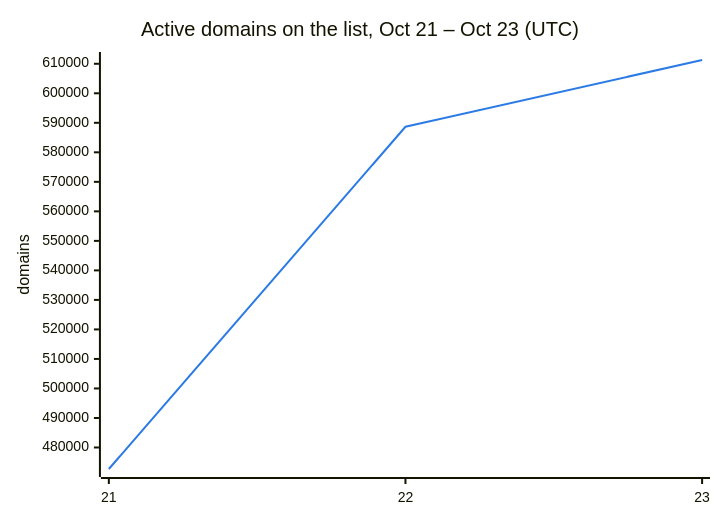
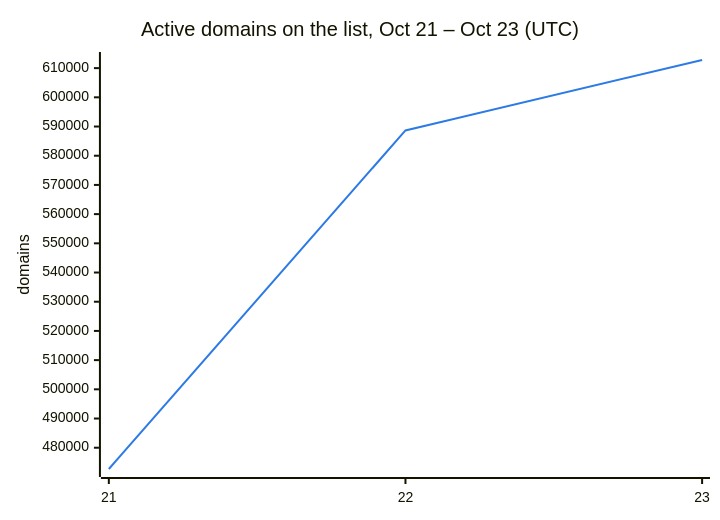
Before and after one commit to DNSBunker/CTI: the second of 3 diagrams in README.md, drawn with Mermaid. The commit also changed other lines of this file and 3 other files, not shown here.

````diff
--- a/README.md
+++ b/README.md
@@ -38,8 +38,8 @@
 ```mermaid
 %%{init: {"themeVariables": {"xyChart": {"plotColorPalette": "#2c7be5"}}}}%%
 xychart-beta
     title "Active domains on the list, Oct 21 – Oct 23 (UTC)"
     x-axis ["21", "22", "23"]
     y-axis "domains"
-    line [472713, 588659, 611277]
+    line [472713, 588659, 612782]
 ```
````
